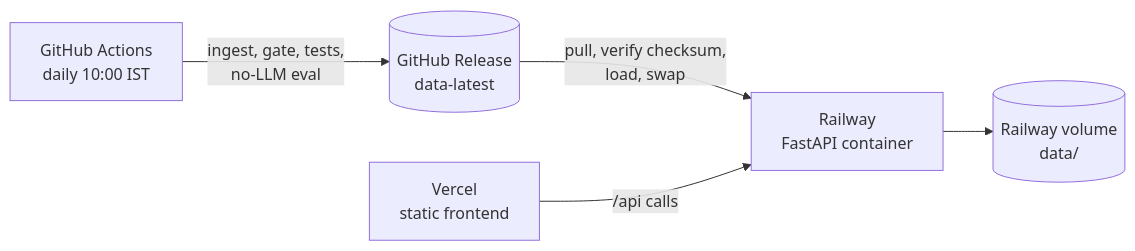
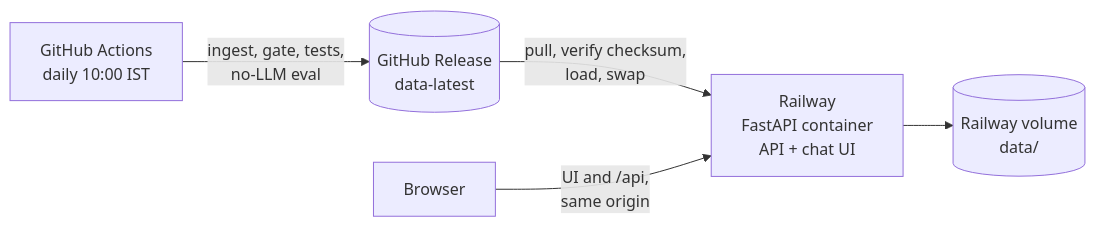
Before and after one commit to nishthaabali/MF_RAG_Chatbot: the second of 2 diagrams in README.md, drawn with Mermaid. The commit also changed other lines of this file and 2 other files, not shown here.

First line of the commit message:
Serve the chat UI with Cache-Control: no-cache

````diff
--- a/README.md
+++ b/README.md
@@ -487,7 +487,7 @@
 ```mermaid
 flowchart LR
     GA[GitHub Actions<br/>daily 10:00 IST] -->|ingest, gate, tests,<br/>no-LLM eval| REL[(GitHub Release<br/>data-latest)]
-    REL -->|pull, verify checksum,<br/>load, swap| API[Railway<br/>FastAPI container]
-    FE[Vercel<br/>static frontend] -->|/api calls| API
+    REL -->|pull, verify checksum,<br/>load, swap| API[Railway<br/>FastAPI container<br/>API + chat UI]
+    U[Browser] -->|UI and /api,<br/>same origin| API
     API --> VOL[(Railway volume<br/>data/)]
 ```
````
